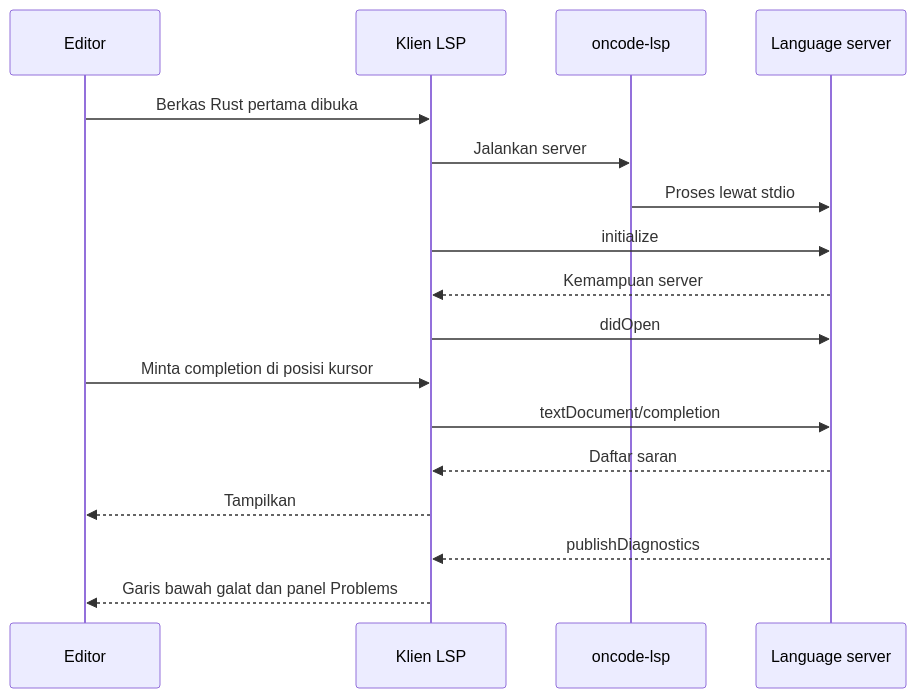
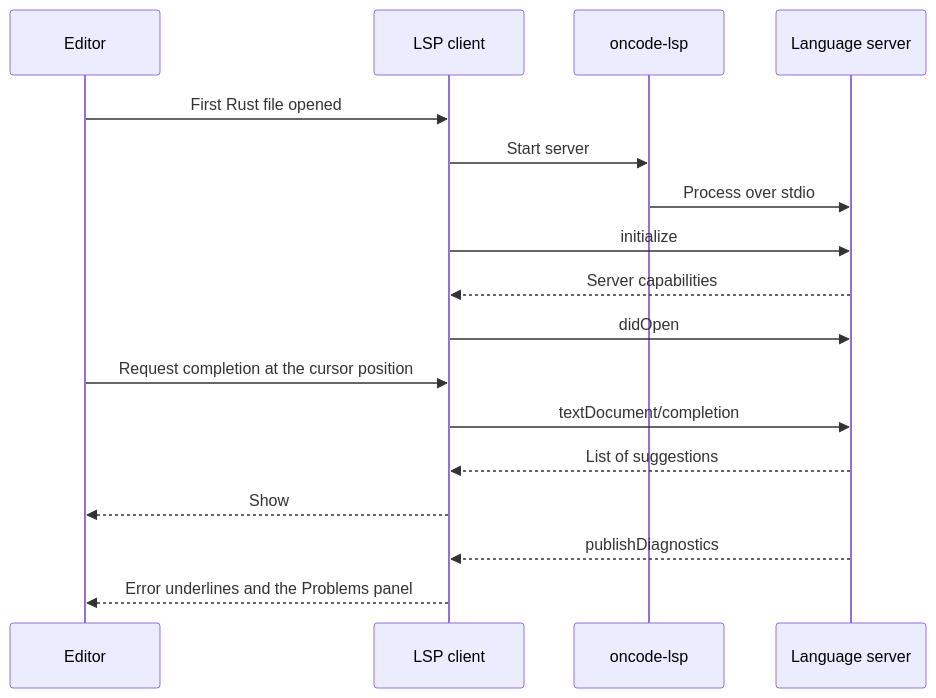
One commit to OkkyRoyDirgantara/oncode changed the fourth of 4 diagrams in docs/DESIGN.md. Above: the diagram before and after it, drawn with Mermaid. The commit also changed other lines of this file and 240 other files, not shown here.

````diff
--- a/docs/DESIGN.md
+++ b/docs/DESIGN.md
@@ -449,20 +449,20 @@
 ```mermaid
 sequenceDiagram
     participant E as Editor
-    participant C as Klien LSP
+    participant C as LSP client
     participant M as oncode-lsp
     participant S as Language server
 
-    E->>C: Berkas Rust pertama dibuka
-    C->>M: Jalankan server
-    M->>S: Proses lewat stdio
+    E->>C: First Rust file opened
+    C->>M: Start server
+    M->>S: Process over stdio
     C->>S: initialize
-    S-->>C: Kemampuan server
+    S-->>C: Server capabilities
     C->>S: didOpen
-    E->>C: Minta completion di posisi kursor
+    E->>C: Request completion at the cursor position
     C->>S: textDocument/completion
-    S-->>C: Daftar saran
-    C-->>E: Tampilkan
+    S-->>C: List of suggestions
+    C-->>E: Show
     S-->>C: publishDiagnostics
-    C-->>E: Garis bawah galat dan panel Problems
+    C-->>E: Error underlines and the Problems panel
 ```
````
